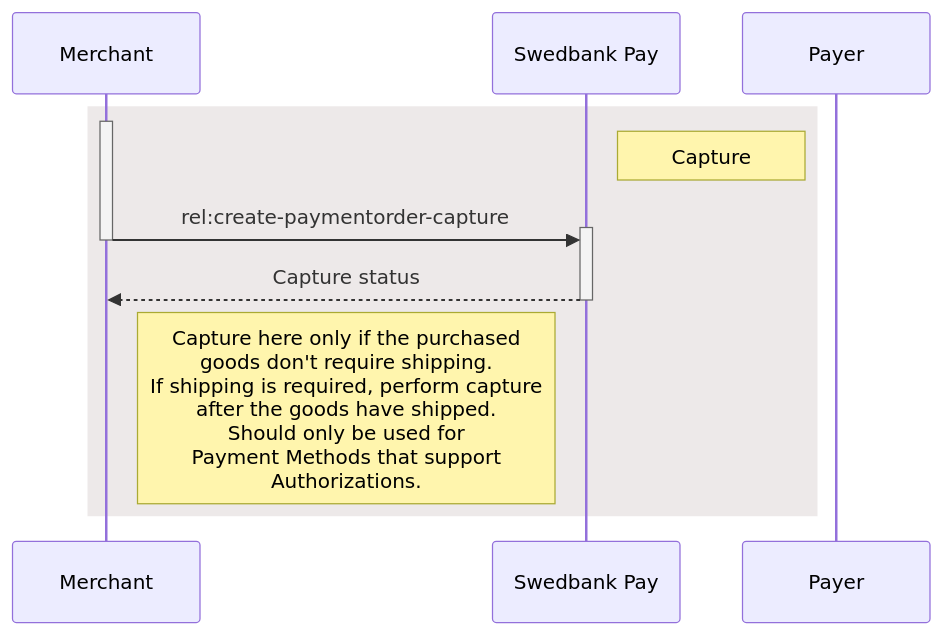
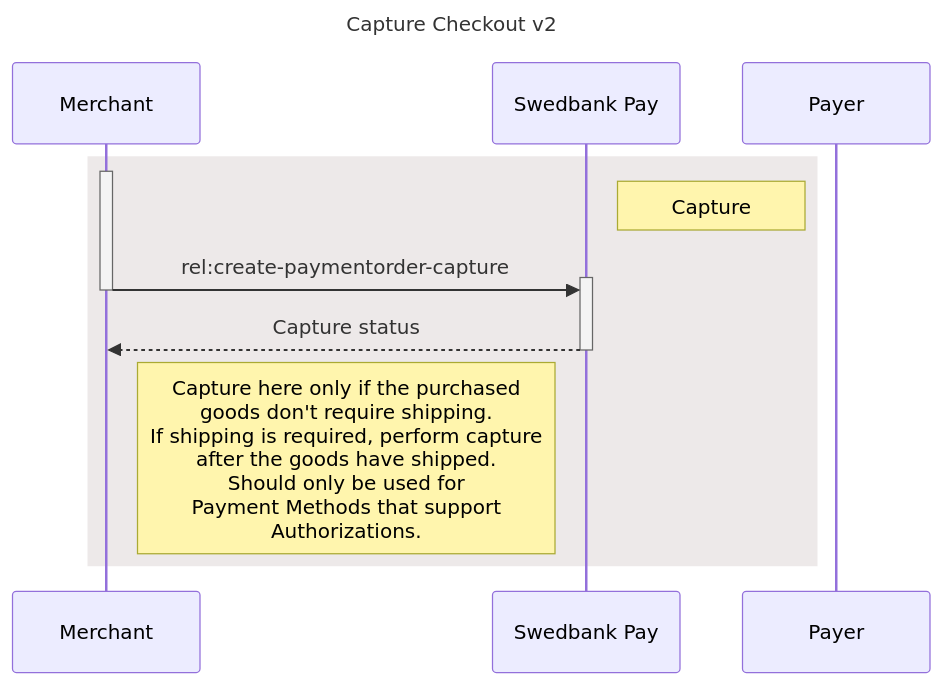
One commit to SwedbankPay/developer.swedbankpay.com changed the first of 2 diagrams in _includes/payment-order-capture-3-1.md. Above: the diagram before and after it, drawn with Mermaid. The commit also changed other lines of this file and 66 other files, not shown here.

Commit message:
Added titles in sequence diagrams

````diff
--- a/_includes/payment-order-capture-3-1.md
+++ b/_includes/payment-order-capture-3-1.md
@@ -824,14 +824,15 @@
 ```mermaid
 sequenceDiagram
+title: Capture Checkout v2
     participant Merchant
     participant SwedbankPay as Swedbank Pay
 
     rect rgba(81,43,43,0.1)
         activate Merchant
         note left of Payer: Capture
         Merchant ->>+ SwedbankPay: rel:create-paymentorder-capture
         deactivate Merchant
         SwedbankPay -->>- Merchant: Capture status
         note right of Merchant: Capture here only if the purchased<br/>goods don't require shipping.<br/>If shipping is required, perform capture<br/>after the goods have shipped.<br>Should only be used for <br>Payment Methods that support <br>Authorizations.
     end
 ```
````
